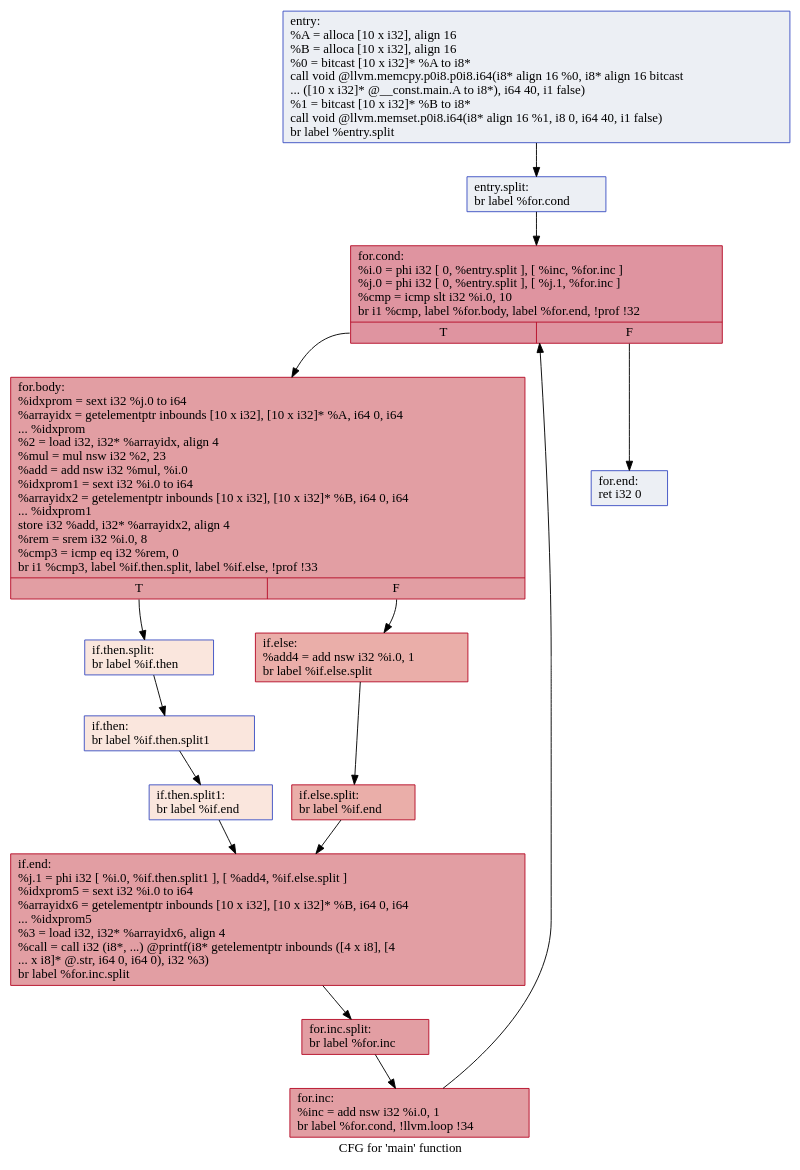
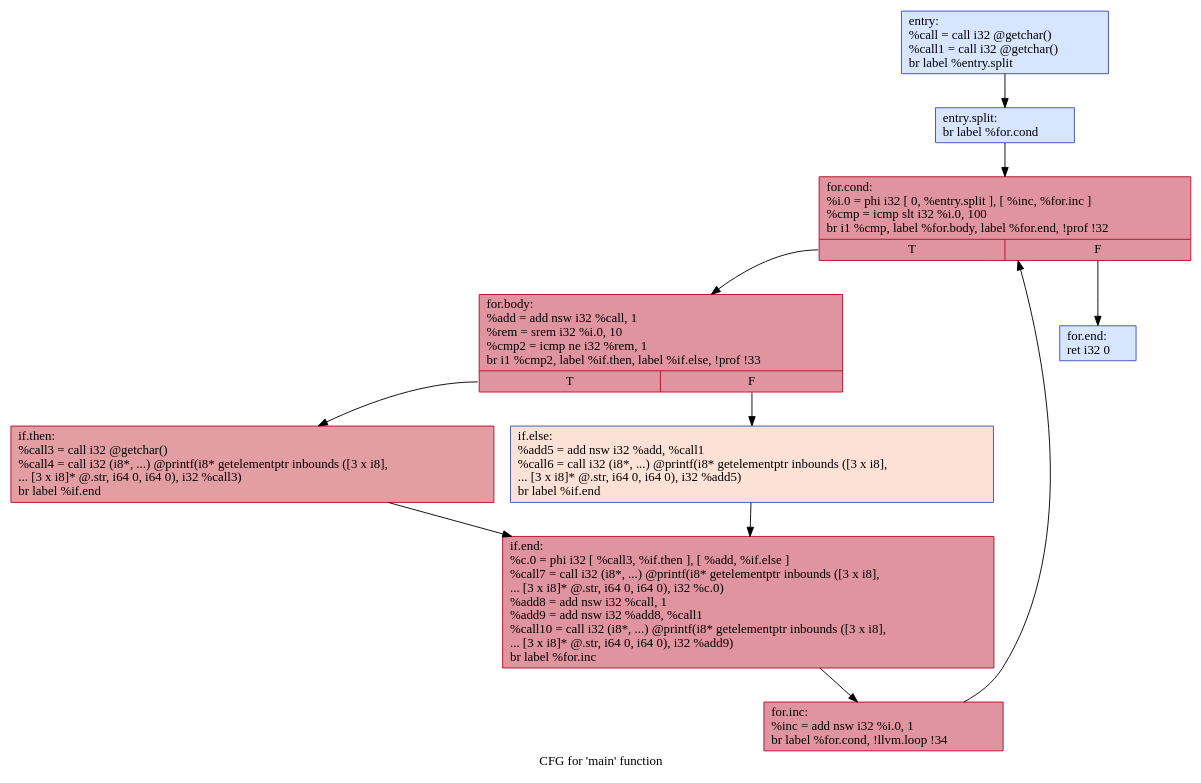
Before and after one commit to GGLeod/Speculation-Based-GVNPRE: the diagram in visual/.main.dot, drawn with Graphviz. The commit also changed 100 other files, not shown here.

```diff
--- a/visual/.main.dot
+++ b/visual/.main.dot
@@ -1,31 +1,23 @@
 digraph "CFG for 'main' function" {
 	label="CFG for 'main' function";
 
-	Node0x5652dd75dc80 [shape=record,color="#3d50c3ff", style=filled, fillcolor="#d4dbe670",label="{entry:\l  %A = alloca [10 x i32], align 16\l  %B = alloca [10 x i32], align 16\l  %0 = bitcast [10 x i32]* %A to i8*\l  call void @llvm.memcpy.p0i8.p0i8.i64(i8* align 16 %0, i8* align 16 bitcast\l... ([10 x i32]* @__const.main.A to i8*), i64 40, i1 false)\l  %1 = bitcast [10 x i32]* %B to i8*\l  call void @llvm.memset.p0i8.i64(i8* align 16 %1, i8 0, i64 40, i1 false)\l  br label %entry.split\l}"];
-	Node0x5652dd75dc80 -> Node0x5652dd769630;
-	Node0x5652dd769630 [shape=record,color="#3d50c3ff", style=filled, fillcolor="#d4dbe670",label="{entry.split:                                      \l  br label %for.cond\l}"];
-	Node0x5652dd769630 -> Node0x5652dd769680;
-	Node0x5652dd769680 [shape=record,color="#b70d28ff", style=filled, fillcolor="#b70d2870",label="{for.cond:                                         \l  %i.0 = phi i32 [ 0, %entry.split ], [ %inc, %for.inc ]\l  %j.0 = phi i32 [ 0, %entry.split ], [ %j.1, %for.inc ]\l  %cmp = icmp slt i32 %i.0, 10\l  br i1 %cmp, label %for.body, label %for.end, !prof !32\l|{<s0>T|<s1>F}}"];
-	Node0x5652dd769680:s0 -> Node0x5652dd7696d0;
-	Node0x5652dd769680:s1 -> Node0x5652dd7699a0;
-	Node0x5652dd7696d0 [shape=record,color="#b70d28ff", style=filled, fillcolor="#be242e70",label="{for.body:                                         \l  %idxprom = sext i32 %j.0 to i64\l  %arrayidx = getelementptr inbounds [10 x i32], [10 x i32]* %A, i64 0, i64\l... %idxprom\l  %2 = load i32, i32* %arrayidx, align 4\l  %mul = mul nsw i32 %2, 23\l  %add = add nsw i32 %mul, %i.0\l  %idxprom1 = sext i32 %i.0 to i64\l  %arrayidx2 = getelementptr inbounds [10 x i32], [10 x i32]* %B, i64 0, i64\l... %idxprom1\l  store i32 %add, i32* %arrayidx2, align 4\l  %rem = srem i32 %i.0, 8\l  %cmp3 = icmp eq i32 %rem, 0\l  br i1 %cmp3, label %if.then.split, label %if.else, !prof !33\l|{<s0>T|<s1>F}}"];
-	Node0x5652dd7696d0:s0 -> Node0x5652dd769720;
-	Node0x5652dd7696d0:s1 -> Node0x5652dd769810;
-	Node0x5652dd769720 [shape=record,color="#3d50c3ff", style=filled, fillcolor="#f3c7b170",label="{if.then.split:                                    \l  br label %if.then\l}"];
-	Node0x5652dd769720 -> Node0x5652dd769770;
-	Node0x5652dd769770 [shape=record,color="#3d50c3ff", style=filled, fillcolor="#f3c7b170",label="{if.then:                                          \l  br label %if.then.split1\l}"];
-	Node0x5652dd769770 -> Node0x5652dd7697c0;
-	Node0x5652dd7697c0 [shape=record,color="#3d50c3ff", style=filled, fillcolor="#f3c7b170",label="{if.then.split1:                                   \l  br label %if.end\l}"];
-	Node0x5652dd7697c0 -> Node0x5652dd7698b0;
-	Node0x5652dd769810 [shape=record,color="#b70d28ff", style=filled, fillcolor="#d0473d70",label="{if.else:                                          \l  %add4 = add nsw i32 %i.0, 1\l  br label %if.else.split\l}"];
-	Node0x5652dd769810 -> Node0x5652dd769860;
-	Node0x5652dd769860 [shape=record,color="#b70d28ff", style=filled, fillcolor="#d0473d70",label="{if.else.split:                                    \l  br label %if.end\l}"];
-	Node0x5652dd769860 -> Node0x5652dd7698b0;
-	Node0x5652dd7698b0 [shape=record,color="#b70d28ff", style=filled, fillcolor="#be242e70",label="{if.end:                                           \l  %j.1 = phi i32 [ %i.0, %if.then.split1 ], [ %add4, %if.else.split ]\l  %idxprom5 = sext i32 %i.0 to i64\l  %arrayidx6 = getelementptr inbounds [10 x i32], [10 x i32]* %B, i64 0, i64\l... %idxprom5\l  %3 = load i32, i32* %arrayidx6, align 4\l  %call = call i32 (i8*, ...) @printf(i8* getelementptr inbounds ([4 x i8], [4\l... x i8]* @.str, i64 0, i64 0), i32 %3)\l  br label %for.inc.split\l}"];
-	Node0x5652dd7698b0 -> Node0x5652dd769900;
-	Node0x5652dd769900 [shape=record,color="#b70d28ff", style=filled, fillcolor="#be242e70",label="{for.inc.split:                                    \l  br label %for.inc\l}"];
-	Node0x5652dd769900 -> Node0x5652dd769950;
-	Node0x5652dd769950 [shape=record,color="#b70d28ff", style=filled, fillcolor="#be242e70",label="{for.inc:                                          \l  %inc = add nsw i32 %i.0, 1\l  br label %for.cond, !llvm.loop !34\l}"];
-	Node0x5652dd769950 -> Node0x5652dd769680;
-	Node0x5652dd7699a0 [shape=record,color="#3d50c3ff", style=filled, fillcolor="#d4dbe670",label="{for.end:                                          \l  ret i32 0\l}"];
+	Node0x557f1dcdf820 [shape=record,color="#3d50c3ff", style=filled, fillcolor="#a5c3fe70",label="{entry:\l  %call = call i32 @getchar()\l  %call1 = call i32 @getchar()\l  br label %entry.split\l}"];
+	Node0x557f1dcdf820 -> Node0x557f1dcdf870;
+	Node0x557f1dcdf870 [shape=record,color="#3d50c3ff", style=filled, fillcolor="#a5c3fe70",label="{entry.split:                                      \l  br label %for.cond\l}"];
+	Node0x557f1dcdf870 -> Node0x557f1dcdf8c0;
+	Node0x557f1dcdf8c0 [shape=record,color="#b70d28ff", style=filled, fillcolor="#b70d2870",label="{for.cond:                                         \l  %i.0 = phi i32 [ 0, %entry.split ], [ %inc, %for.inc ]\l  %cmp = icmp slt i32 %i.0, 100\l  br i1 %cmp, label %for.body, label %for.end, !prof !32\l|{<s0>T|<s1>F}}"];
+	Node0x557f1dcdf8c0:s0 -> Node0x557f1dcdf910;
+	Node0x557f1dcdf8c0:s1 -> Node0x557f1dcdfaa0;
+	Node0x557f1dcdf910 [shape=record,color="#b70d28ff", style=filled, fillcolor="#b70d2870",label="{for.body:                                         \l  %add = add nsw i32 %call, 1\l  %rem = srem i32 %i.0, 10\l  %cmp2 = icmp ne i32 %rem, 1\l  br i1 %cmp2, label %if.then, label %if.else, !prof !33\l|{<s0>T|<s1>F}}"];
+	Node0x557f1dcdf910:s0 -> Node0x557f1dcdf960;
+	Node0x557f1dcdf910:s1 -> Node0x557f1dcdf9b0;
+	Node0x557f1dcdf960 [shape=record,color="#b70d28ff", style=filled, fillcolor="#be242e70",label="{if.then:                                          \l  %call3 = call i32 @getchar()\l  %call4 = call i32 (i8*, ...) @printf(i8* getelementptr inbounds ([3 x i8],\l... [3 x i8]* @.str, i64 0, i64 0), i32 %call3)\l  br label %if.end\l}"];
+	Node0x557f1dcdf960 -> Node0x557f1dcdfa00;
+	Node0x557f1dcdf9b0 [shape=record,color="#3d50c3ff", style=filled, fillcolor="#f7bca170",label="{if.else:                                          \l  %add5 = add nsw i32 %add, %call1\l  %call6 = call i32 (i8*, ...) @printf(i8* getelementptr inbounds ([3 x i8],\l... [3 x i8]* @.str, i64 0, i64 0), i32 %add5)\l  br label %if.end\l}"];
+	Node0x557f1dcdf9b0 -> Node0x557f1dcdfa00;
+	Node0x557f1dcdfa00 [shape=record,color="#b70d28ff", style=filled, fillcolor="#b70d2870",label="{if.end:                                           \l  %c.0 = phi i32 [ %call3, %if.then ], [ %add, %if.else ]\l  %call7 = call i32 (i8*, ...) @printf(i8* getelementptr inbounds ([3 x i8],\l... [3 x i8]* @.str, i64 0, i64 0), i32 %c.0)\l  %add8 = add nsw i32 %call, 1\l  %add9 = add nsw i32 %add8, %call1\l  %call10 = call i32 (i8*, ...) @printf(i8* getelementptr inbounds ([3 x i8],\l... [3 x i8]* @.str, i64 0, i64 0), i32 %add9)\l  br label %for.inc\l}"];
+	Node0x557f1dcdfa00 -> Node0x557f1dcdfa50;
+	Node0x557f1dcdfa50 [shape=record,color="#b70d28ff", style=filled, fillcolor="#b70d2870",label="{for.inc:                                          \l  %inc = add nsw i32 %i.0, 1\l  br label %for.cond, !llvm.loop !34\l}"];
+	Node0x557f1dcdfa50 -> Node0x557f1dcdf8c0;
+	Node0x557f1dcdfaa0 [shape=record,color="#3d50c3ff", style=filled, fillcolor="#a5c3fe70",label="{for.end:                                          \l  ret i32 0\l}"];
 }
```
